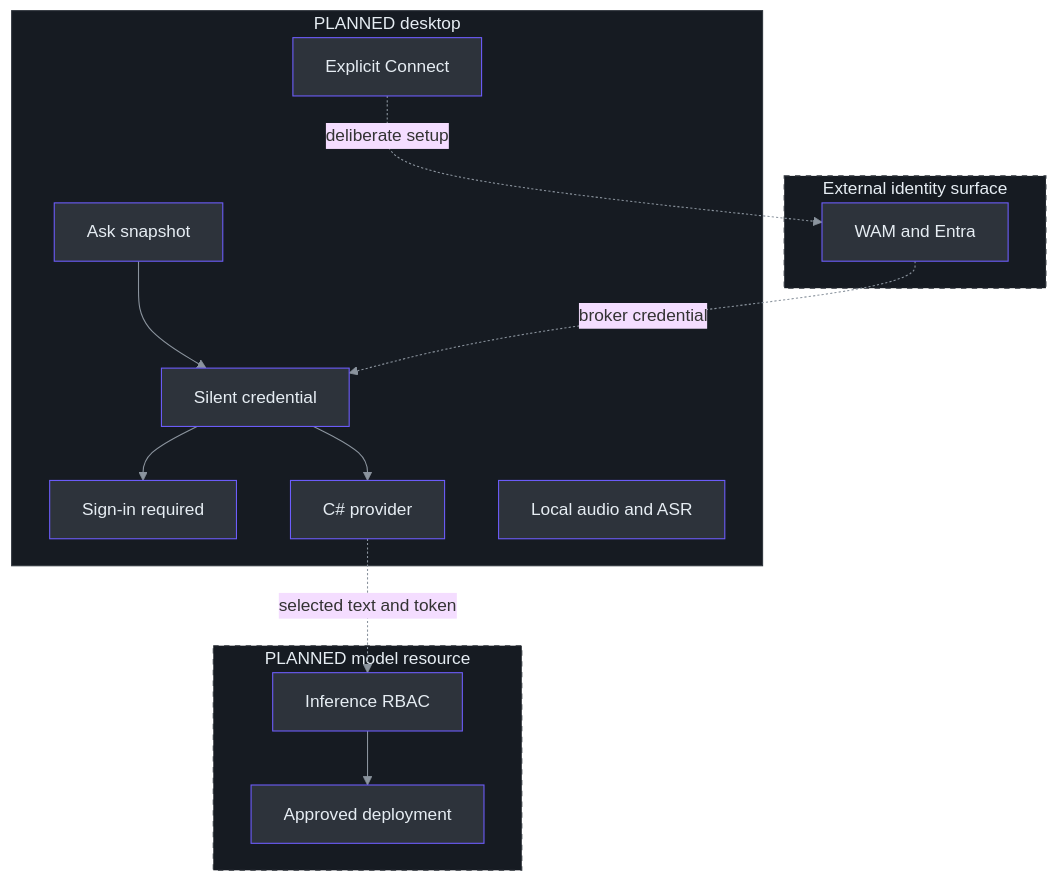
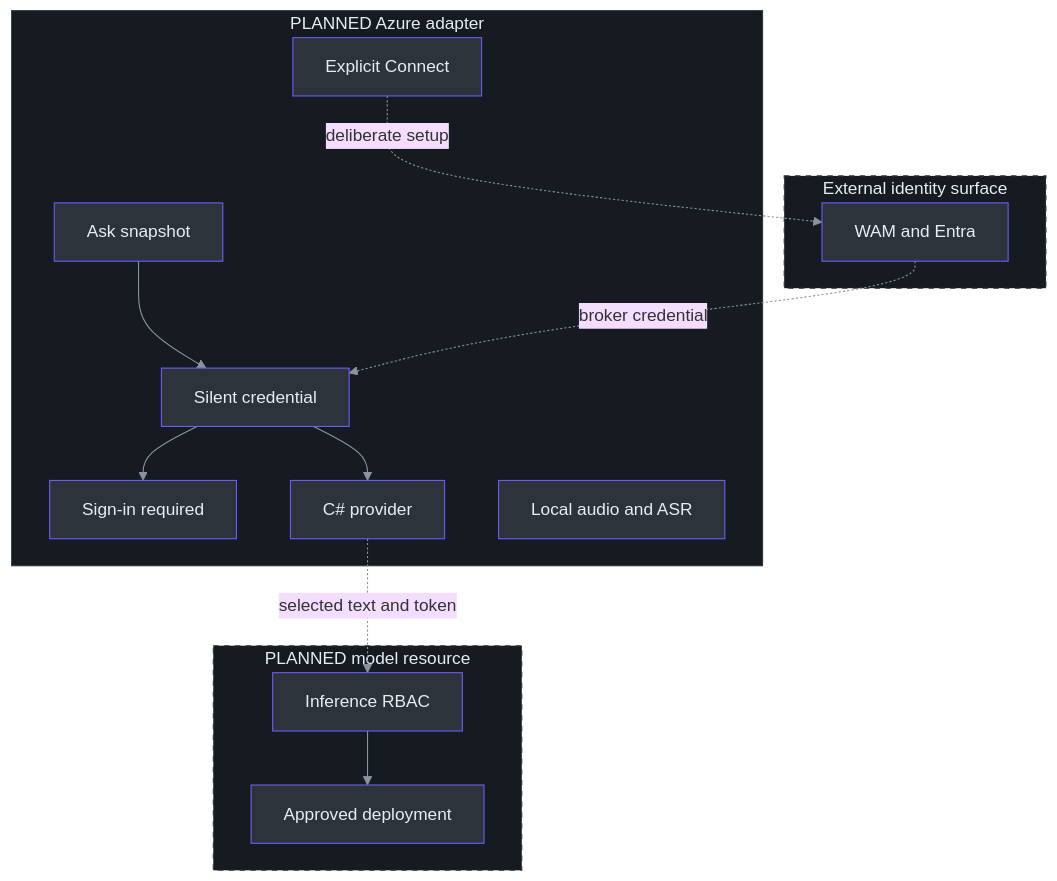
Before and after one commit to Zanark/phantom-fudge: the second of 2 diagrams in docs/handbook/14-answer-latency-identity-and-privacy.md, drawn with Mermaid. The commit also changed other lines of this file and 116 other files, not shown here.

````diff
--- a/docs/handbook/14-answer-latency-identity-and-privacy.md
+++ b/docs/handbook/14-answer-latency-identity-and-privacy.md
@@ -102,41 +126,41 @@
 ```mermaid
 ---
 config:
   theme: base
   themeVariables:
     lineColor: "#8b949e"
     textColor: "#e6edf3"
 ---
 flowchart TB
-    accTitle: PLANNED identity and selected-text boundaries
-    accDescr: Explicit setup may open the broker; Ask uses silent credentials and sends selected text only to the approved model.
-    subgraph App["PLANNED desktop"]
+    accTitle: PLANNED optional direct Azure identity boundary
+    accDescr: This future direct Azure path is separate from installed CLI authentication. Explicit setup may open WAM; an authorized Ask would use silent credentials and send ExactText to the approved resource.
+    subgraph App["PLANNED Azure adapter"]
         Setup["Explicit Connect"]
         Ask["Ask snapshot"] --> Silent["Silent credential"]
         Silent --> Need["Sign-in required"]
         Silent --> Provider["C# provider"]
         Audio["Local audio and ASR"]
     end
     subgraph Identity["External identity surface"]
         WAM["WAM and Entra"]
     end
     subgraph Azure["PLANNED model resource"]
         RBAC["Inference RBAC"] --> Model["Approved deployment"]
     end
     Setup -. deliberate setup .-> WAM
     WAM -. broker credential .-> Silent
     Provider -. selected text and token .-> RBAC
     style Setup fill:#2d333b,stroke:#6d5dfc,color:#e6edf3
     style Ask fill:#2d333b,stroke:#6d5dfc,color:#e6edf3
     style Silent fill:#2d333b,stroke:#6d5dfc,color:#e6edf3
     style Need fill:#2d333b,stroke:#6d5dfc,color:#e6edf3
     style Provider fill:#2d333b,stroke:#6d5dfc,color:#e6edf3
     style Audio fill:#2d333b,stroke:#6d5dfc,color:#e6edf3
     style WAM fill:#2d333b,stroke:#6d5dfc,color:#e6edf3
     style RBAC fill:#2d333b,stroke:#6d5dfc,color:#e6edf3
     style Model fill:#2d333b,stroke:#6d5dfc,color:#e6edf3
     style App fill:#161b22,stroke:#30363d,color:#e6edf3
     style Identity fill:#161b22,stroke:#30363d,color:#e6edf3,stroke-dasharray:5 5
     style Azure fill:#161b22,stroke:#30363d,color:#e6edf3,stroke-dasharray:5 5
     linkStyle default stroke:#8b949e
 ```
````
